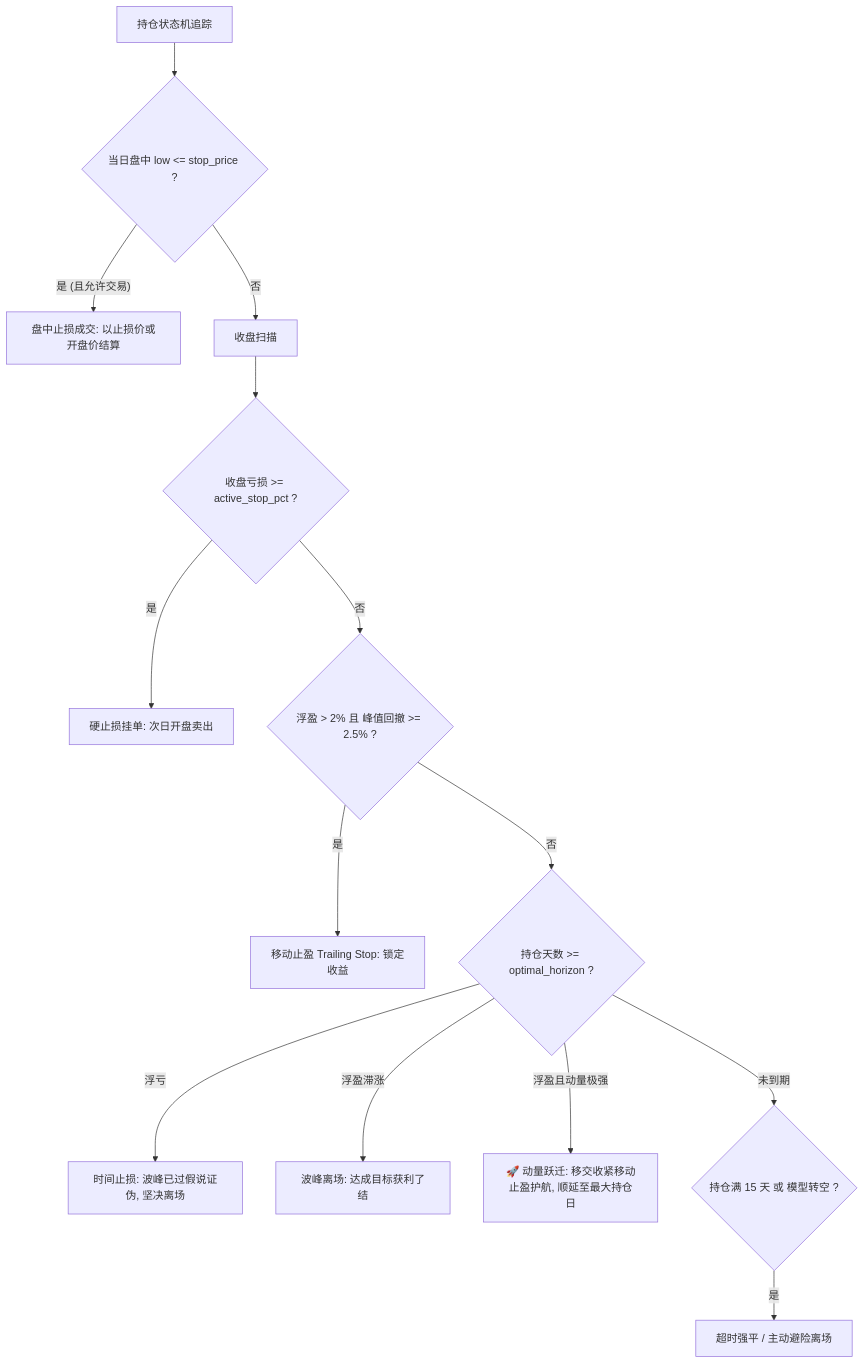
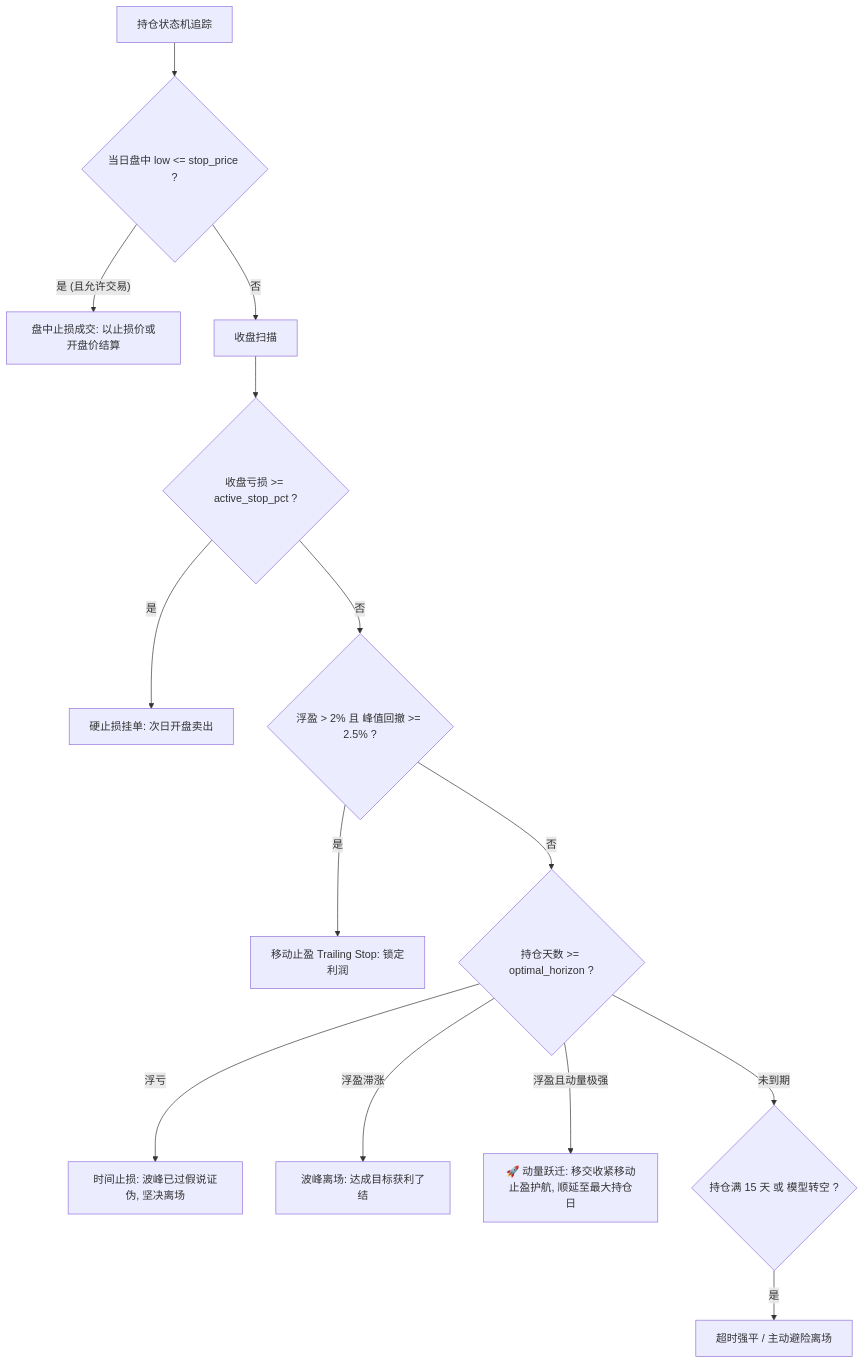
One commit to king08723/Kronos changed the first of 2 diagrams in backtest/run_backtest_kronos_pro readme.md. Above: the diagram before and after it, drawn with Mermaid. The commit also changed other lines of this file and 110 other files, not shown here.

````diff
--- a/backtest/run_backtest_kronos_pro readme.md
+++ b/backtest/run_backtest_kronos_pro readme.md
@@ -386,20 +726,20 @@
 ```mermaid
 graph TD
     Hold[持仓状态机追踪] --> Intraday{当日盘中 low <= stop_price ?}
     Intraday -- 是 (且允许交易) --> IntradayExit[盘中止损成交: 以止损价或开盘价结算]
     
     Intraday -- 否 --> CloseCheck[收盘扫描]
     CloseCheck --> Rule1{收盘亏损 >= active_stop_pct ?}
     Rule1 -- 是 --> Action1[硬止损挂单: 次日开盘卖出]
     
     Rule1 -- 否 --> Rule2{浮盈 > 2% 且 峰值回撤 >= 2.5% ?}
-    Rule2 -- 是 --> Action2[移动止盈 Trailing Stop: 锁定收益]
+    Rule2 -- 是 --> Action2[移动止盈 Trailing Stop: 锁定利润]
     
     Rule2 -- 否 --> Rule3{持仓天数 >= optimal_horizon ?}
     Rule3 -- 浮亏 --> Action3[时间止损: 波峰已过假说证伪, 坚决离场]
     Rule3 -- 浮盈滞涨 --> Action4[波峰离场: 达成目标获利了结]
     Rule3 -- 浮盈且动量极强 --> Jump[🚀 动量跃迁: 移交收紧移动止盈护航, 顺延至最大持仓日]
     
     Rule3 -- 未到期 --> Rule4{持仓满 15 天 或 模型转空 ?}
     Rule4 -- 是 --> Action5[超时强平 / 主动避险离场]
 ```
````
